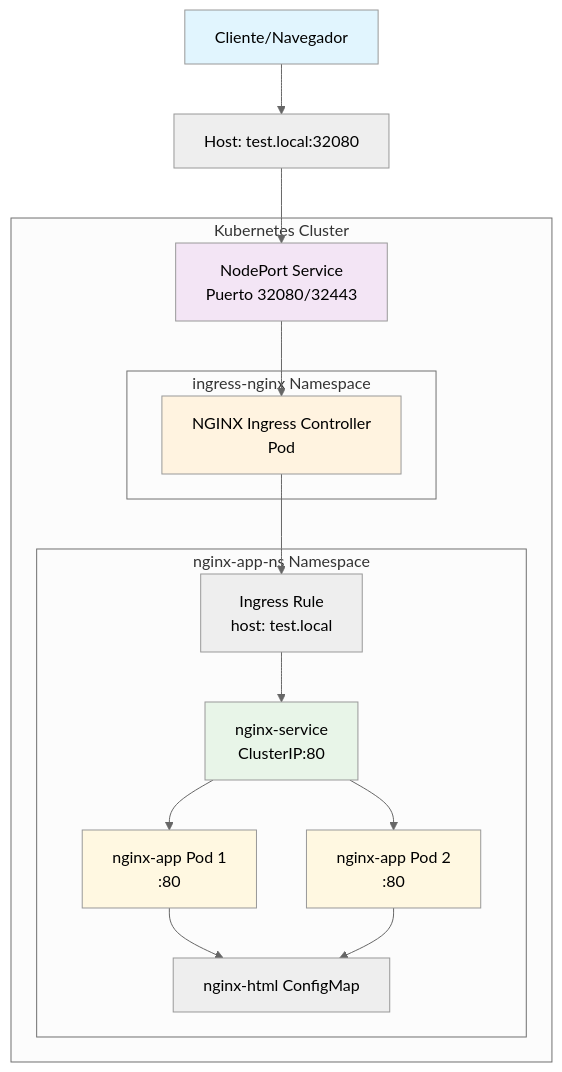
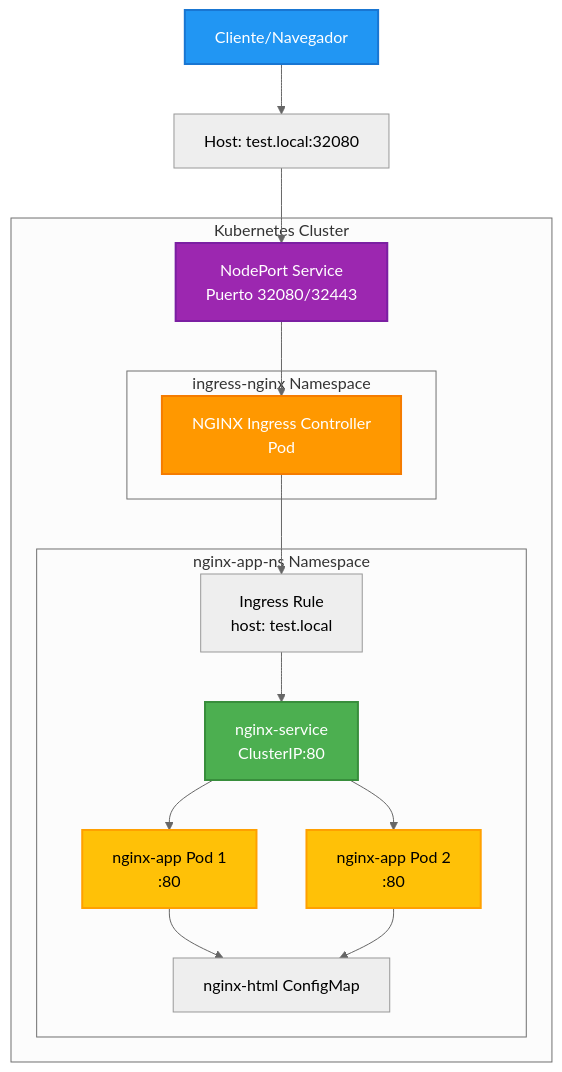
The first of 2 diagrams in README.md (VanGoMu/argo_app), drawn with Mermaid (neutral theme) before and after one commit.

Commit message:
simple argo app

````diff
--- a/README.md
+++ b/README.md
@@ -18,33 +18,33 @@
 ```mermaid
 graph TB
     Client[Cliente/Navegador] --> Host[Host: test.local:32080]
     Host --> NodePort[NodePort Service<br/>Puerto 32080/32443]
     NodePort --> IngressController[NGINX Ingress Controller<br/>Pod]
     IngressController --> IngressRule[Ingress Rule<br/>host: test.local]
     IngressRule --> ClusterIP[nginx-service<br/>ClusterIP:80]
     ClusterIP --> Pod1[nginx-app Pod 1<br/>:80]
     ClusterIP --> Pod2[nginx-app Pod 2<br/>:80]
     Pod1 --> ConfigMap[nginx-html ConfigMap]
     Pod2 --> ConfigMap
 
     subgraph "Kubernetes Cluster"
         subgraph "nginx-app-ns Namespace"
             IngressRule
             ClusterIP
             Pod1
             Pod2
             ConfigMap
         end
         subgraph "ingress-nginx Namespace"
             IngressController
         end
         NodePort
     end
 
-    style Client fill:#e1f5fe
-    style NodePort fill:#f3e5f5
-    style IngressController fill:#fff3e0
-    style ClusterIP fill:#e8f5e8
-    style Pod1 fill:#fff8e1
-    style Pod2 fill:#fff8e1
+    style Client fill:#2196f3,stroke:#1976d2,stroke-width:2px,color:#fff
+    style NodePort fill:#9c27b0,stroke:#7b1fa2,stroke-width:2px,color:#fff
+    style IngressController fill:#ff9800,stroke:#f57c00,stroke-width:2px,color:#fff
+    style ClusterIP fill:#4caf50,stroke:#388e3c,stroke-width:2px,color:#fff
+    style Pod1 fill:#ffc107,stroke:#ffa000,stroke-width:2px,color:#000
+    style Pod2 fill:#ffc107,stroke:#ffa000,stroke-width:2px,color:#000
 ```
````
